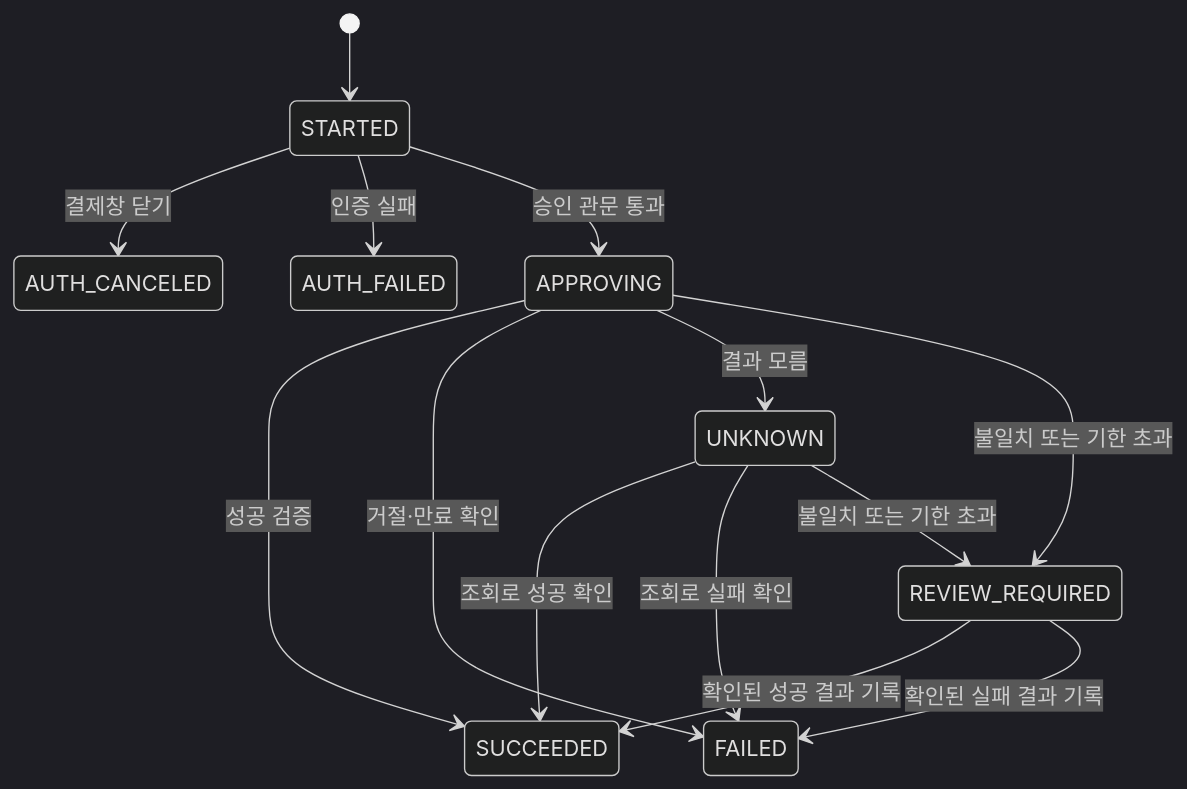
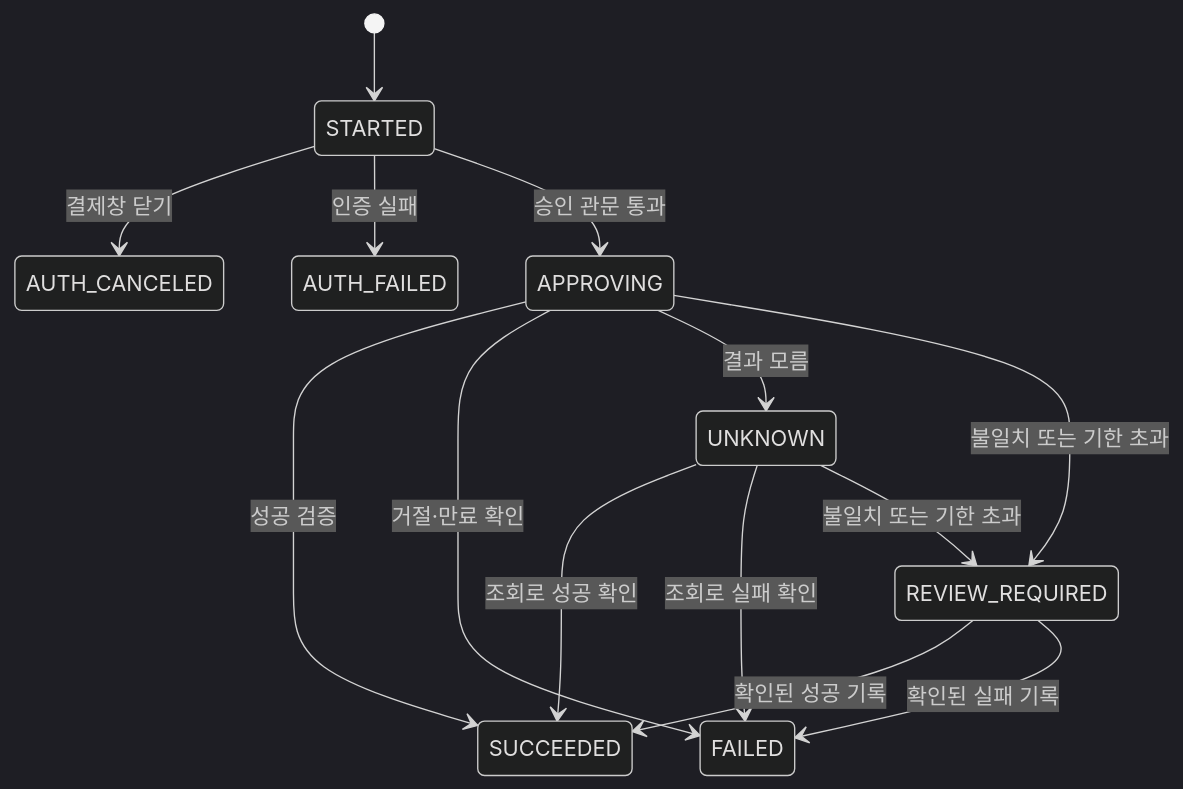
The second of 2 diagrams in docs/architecture.md (lee-gimoon/payment-service), drawn with Mermaid (dark theme) before and after one commit. The commit also changed other lines of this file and 8 other files, not shown here.

First line of the commit message:
docs: restore domain diagram and condense documentation

````diff
--- a/docs/architecture.md
+++ b/docs/architecture.md
@@ -125,16 +103,16 @@
 ```mermaid
 stateDiagram-v2
     [*] --> STARTED
     STARTED --> AUTH_CANCELED: 결제창 닫기
     STARTED --> AUTH_FAILED: 인증 실패
     STARTED --> APPROVING: 승인 관문 통과
     APPROVING --> SUCCEEDED: 성공 검증
     APPROVING --> FAILED: 거절·만료 확인
     APPROVING --> UNKNOWN: 결과 모름
     APPROVING --> REVIEW_REQUIRED: 불일치 또는 기한 초과
     UNKNOWN --> SUCCEEDED: 조회로 성공 확인
     UNKNOWN --> FAILED: 조회로 실패 확인
     UNKNOWN --> REVIEW_REQUIRED: 불일치 또는 기한 초과
-    REVIEW_REQUIRED --> SUCCEEDED: 확인된 성공 결과 기록
-    REVIEW_REQUIRED --> FAILED: 확인된 실패 결과 기록
+    REVIEW_REQUIRED --> SUCCEEDED: 확인된 성공 기록
+    REVIEW_REQUIRED --> FAILED: 확인된 실패 기록
 ```
````
